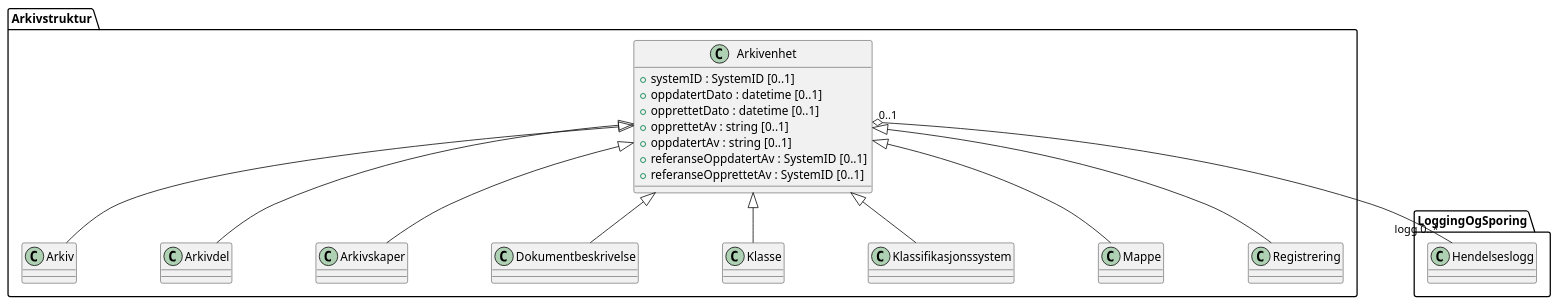
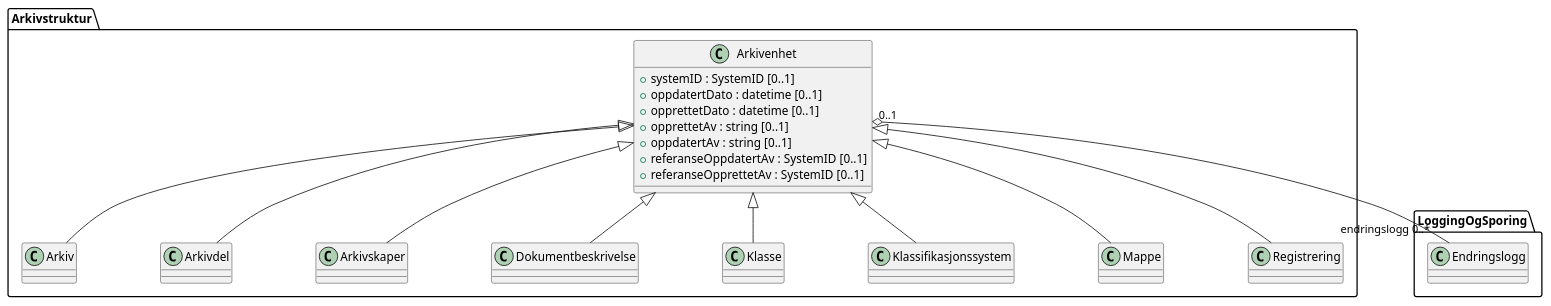
The diagram in kapitler/media/uml-class-arkivenhet.puml (arkivverket/noark5-tjenestegrensesnitt-standard), drawn with PlantUML before and after one commit. The commit also changed 4 other files, not shown here.

Commit message:
Oppdaterte PlantUML-diagram fra teksten.

```diff
--- a/kapitler/media/uml-class-arkivenhet.puml
+++ b/kapitler/media/uml-class-arkivenhet.puml
@@ -1,21 +1,21 @@
 @startuml
 skinparam nodesep 100
 class Arkivstruktur.Arkivenhet {
   +systemID : SystemID [0..1]
   +oppdatertDato : datetime [0..1]
   +opprettetDato : datetime [0..1]
   +opprettetAv : string [0..1]
   +oppdatertAv : string [0..1]
   +referanseOppdatertAv : SystemID [0..1]
   +referanseOpprettetAv : SystemID [0..1]
 }
-Arkivstruktur.Arkivenhet "0..1" o-- "logg 0..*" LoggingOgSporing.Hendelseslogg
+Arkivstruktur.Arkivenhet "0..1" o-- "endringslogg 0..*" LoggingOgSporing.Endringslogg
 Arkivstruktur.Arkivenhet <|-- Arkivstruktur.Arkiv
 Arkivstruktur.Arkivenhet <|-- Arkivstruktur.Arkivdel
 Arkivstruktur.Arkivenhet <|-- Arkivstruktur.Arkivskaper
 Arkivstruktur.Arkivenhet <|-- Arkivstruktur.Dokumentbeskrivelse
 Arkivstruktur.Arkivenhet <|-- Arkivstruktur.Klasse
 Arkivstruktur.Arkivenhet <|-- Arkivstruktur.Klassifikasjonssystem
 Arkivstruktur.Arkivenhet <|-- Arkivstruktur.Mappe
 Arkivstruktur.Arkivenhet <|-- Arkivstruktur.Registrering
 @enduml
```
